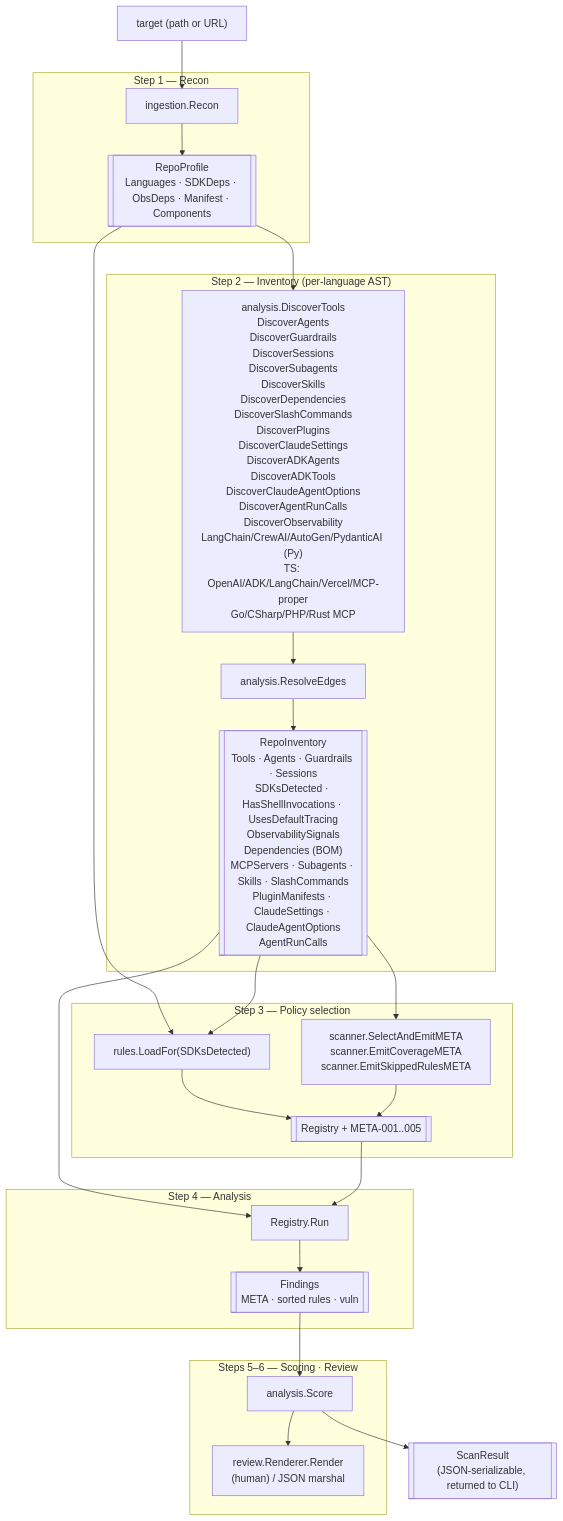
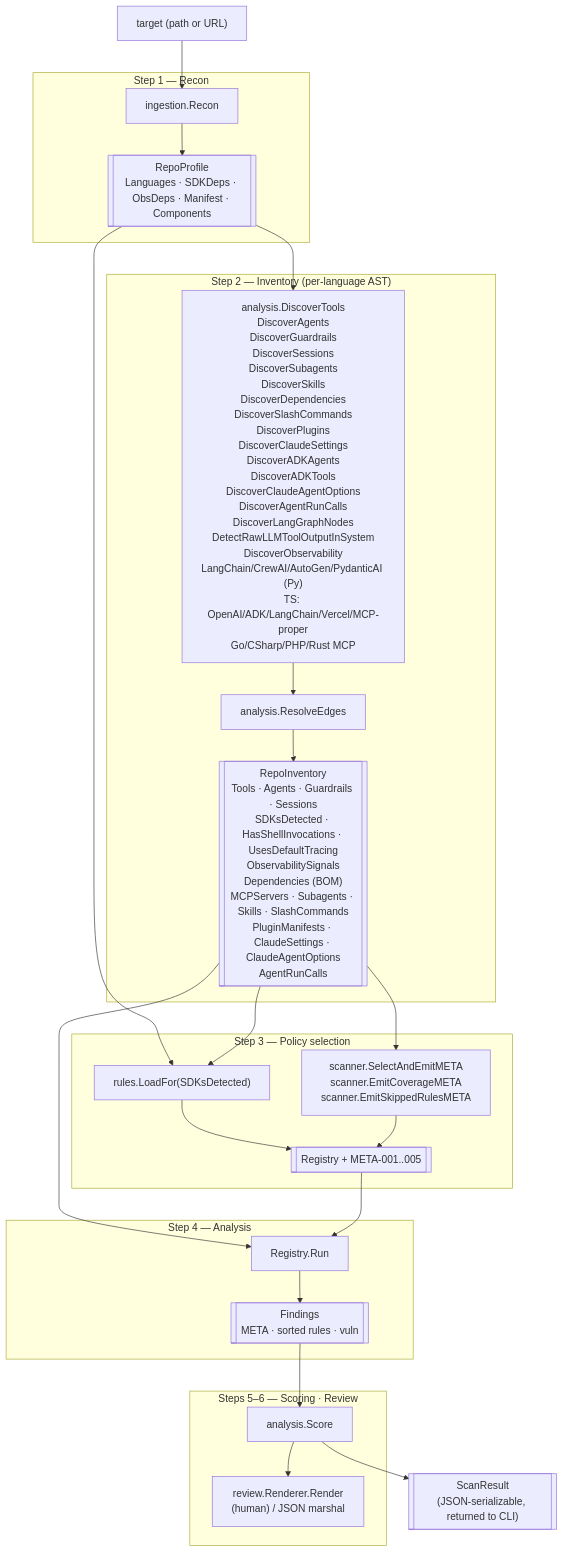
The first of 4 diagrams in ARCHITECTURE.md (trustabl/agent-reliability-analyzer), drawn with Mermaid before and after one commit. The commit also changed other lines of this file and 32 other files, not shown here.

````diff
--- a/ARCHITECTURE.md
+++ b/ARCHITECTURE.md
@@ -380,49 +380,49 @@
 ```mermaid
 flowchart TD
     target["target (path or URL)"]
 
     subgraph S1["Step 1 — Recon"]
         recon["ingestion.Recon"]
         profile[["RepoProfile<br/>Languages · SDKDeps · ObsDeps · Manifest · Components"]]
         recon --> profile
     end
 
     subgraph S2["Step 2 — Inventory (per-language AST)"]
-        disc["analysis.DiscoverTools<br/>DiscoverAgents<br/>DiscoverGuardrails<br/>DiscoverSessions<br/>DiscoverSubagents<br/>DiscoverSkills<br/>DiscoverDependencies<br/>DiscoverSlashCommands<br/>DiscoverPlugins<br/>DiscoverClaudeSettings<br/>DiscoverADKAgents<br/>DiscoverADKTools<br/>DiscoverClaudeAgentOptions<br/>DiscoverAgentRunCalls<br/>DiscoverObservability<br/>LangChain/CrewAI/AutoGen/PydanticAI (Py)<br/>TS: OpenAI/ADK/LangChain/Vercel/MCP-proper<br/>Go/CSharp/PHP/Rust MCP"]
+        disc["analysis.DiscoverTools<br/>DiscoverAgents<br/>DiscoverGuardrails<br/>DiscoverSessions<br/>DiscoverSubagents<br/>DiscoverSkills<br/>DiscoverDependencies<br/>DiscoverSlashCommands<br/>DiscoverPlugins<br/>DiscoverClaudeSettings<br/>DiscoverADKAgents<br/>DiscoverADKTools<br/>DiscoverClaudeAgentOptions<br/>DiscoverAgentRunCalls<br/>DiscoverLangGraphNodes<br/>DetectRawLLMToolOutputInSystem<br/>DiscoverObservability<br/>LangChain/CrewAI/AutoGen/PydanticAI (Py)<br/>TS: OpenAI/ADK/LangChain/Vercel/MCP-proper<br/>Go/CSharp/PHP/Rust MCP"]
         edges["analysis.ResolveEdges"]
         inv[["RepoInventory<br/>Tools · Agents · Guardrails · Sessions<br/>SDKsDetected · HasShellInvocations · UsesDefaultTracing<br/>ObservabilitySignals<br/>Dependencies (BOM)<br/>MCPServers · Subagents · Skills · SlashCommands<br/>PluginManifests · ClaudeSettings · ClaudeAgentOptions<br/>AgentRunCalls"]]
         disc --> edges --> inv
     end
 
     subgraph S3["Step 3 — Policy selection"]
         loadfor["rules.LoadFor(SDKsDetected)"]
         meta["scanner.SelectAndEmitMETA<br/>scanner.EmitCoverageMETA<br/>scanner.EmitSkippedRulesMETA"]
         reg[["Registry + META-001..005"]]
         loadfor --> reg
         meta --> reg
     end
 
     subgraph S4["Step 4 — Analysis"]
         run["Registry.Run"]
         findings[["Findings<br/>META · sorted rules · vuln"]]
         run --> findings
     end
 
     subgraph S56["Steps 5–6 — Scoring · Review"]
         score["analysis.Score"]
         render["review.Renderer.Render<br/>(human) / JSON marshal"]
         score --> render
     end
 
     result[["ScanResult<br/>(JSON-serializable, returned to CLI)"]]
 
     target --> recon
     profile --> disc
     profile --> loadfor
     inv --> loadfor
     inv --> meta
     inv --> run
     reg --> run
     findings --> score
     score --> result
 ```
````
